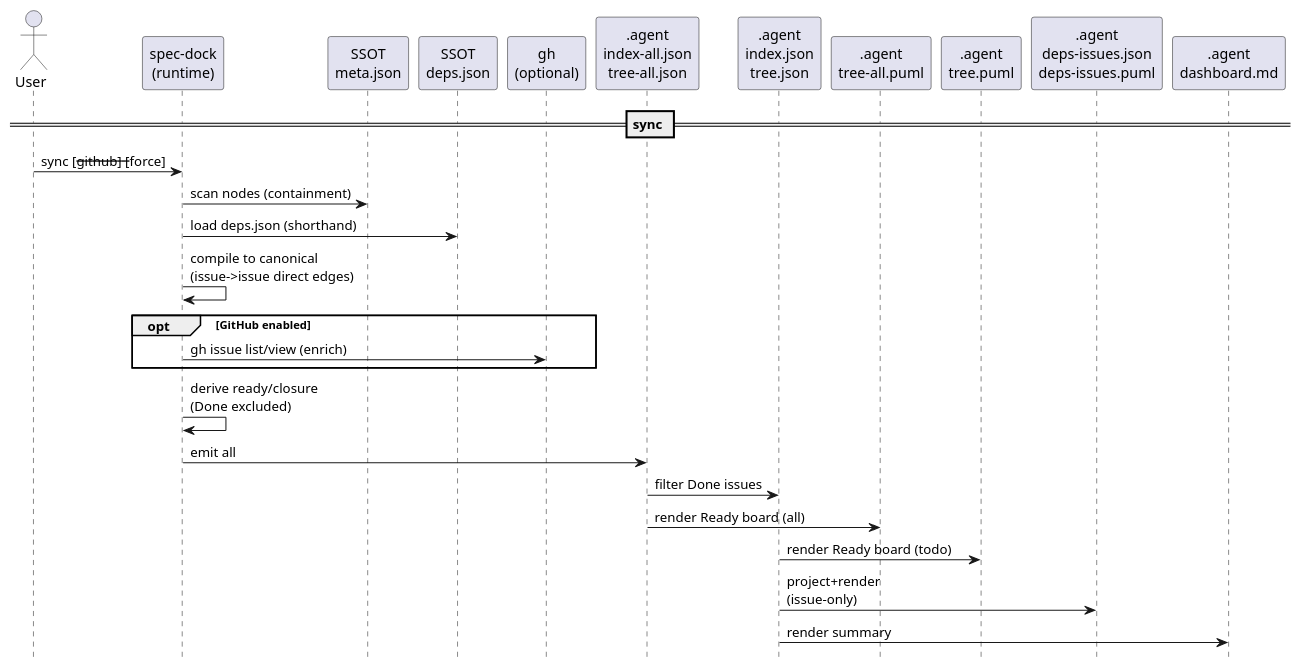
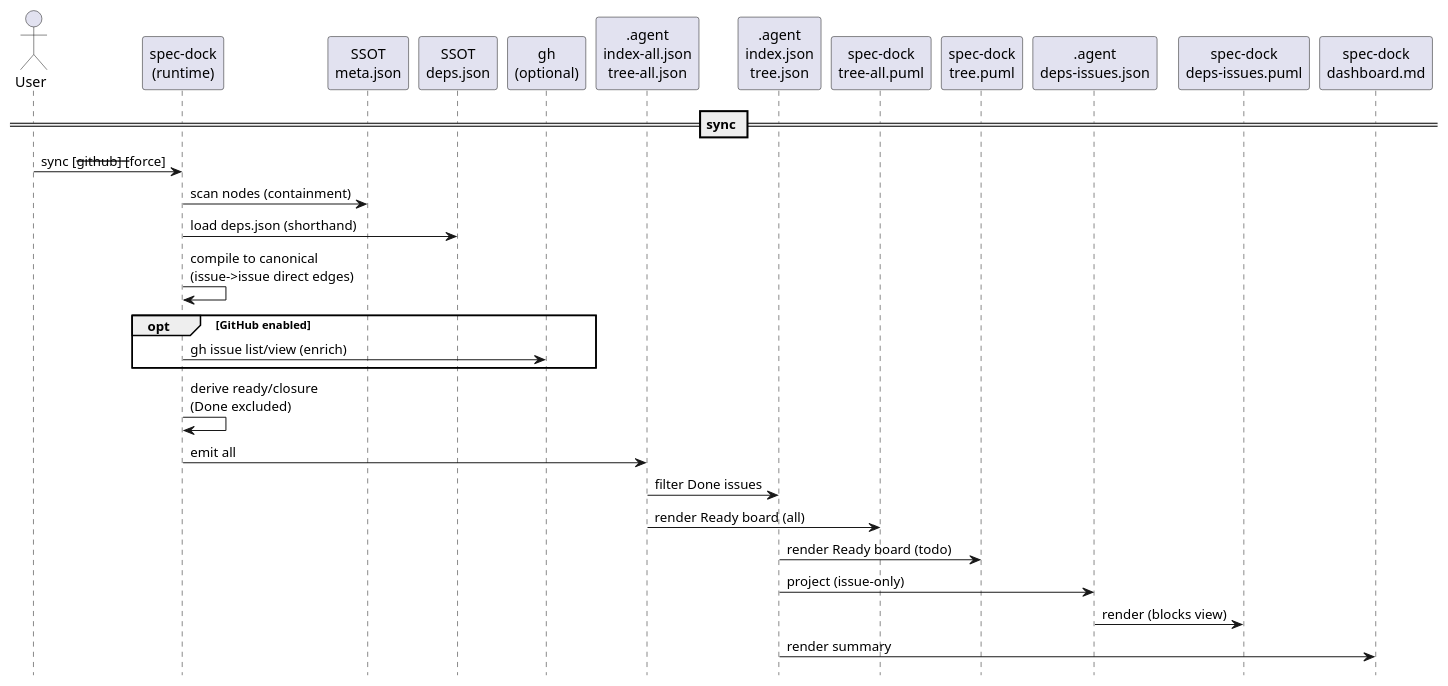
One commit to chemitaro/spec-dock changed the first of 9 diagrams in spec-deps/current/design.md. Above: the diagram before and after it, drawn with PlantUML. The commit also changed other lines of this file and 7 other files, not shown here.

````diff
--- a/spec-deps/current/design.md
+++ b/spec-deps/current/design.md
@@ -80,34 +81,36 @@
 ```plantuml
 @startuml
 hide footbox
 skinparam shadowing false
 
 actor User
 participant "spec-dock\n(runtime)" as Script
 participant "SSOT\nmeta.json" as Meta
 participant "SSOT\ndeps.json" as Deps
 participant "gh\n(optional)" as GH
 participant ".agent\nindex-all.json\ntree-all.json" as All
 participant ".agent\nindex.json\ntree.json" as Todo
-participant ".agent\ntree-all.puml" as TreeAllPuml
-participant ".agent\ntree.puml" as TreeTodoPuml
-participant ".agent\ndeps-issues.json\ndeps-issues.puml" as DepsIssues
-participant ".agent\ndashboard.md" as Dashboard
+participant "spec-dock\ntree-all.puml" as TreeAllPuml
+participant "spec-dock\ntree.puml" as TreeTodoPuml
+participant ".agent\ndeps-issues.json" as DepsIssuesJson
+participant "spec-dock\ndeps-issues.puml" as DepsIssuesPuml
+participant "spec-dock\ndashboard.md" as Dashboard
 
 == sync ==
 User -> Script: sync [--github] [--force]
 Script -> Meta: scan nodes (containment)
 Script -> Deps: load deps.json (shorthand)
 Script -> Script: compile to canonical\n(issue->issue direct edges)
 opt GitHub enabled
   Script -> GH: gh issue list/view (enrich)
 end
 Script -> Script: derive ready/closure\n(Done excluded)
 Script -> All: emit all
 All -> Todo: filter Done issues
 All -> TreeAllPuml: render Ready board (all)
 Todo -> TreeTodoPuml: render Ready board (todo)
-Todo -> DepsIssues: project+render\n(issue-only)
+Todo -> DepsIssuesJson: project (issue-only)
+DepsIssuesJson -> DepsIssuesPuml: render (blocks view)
 Todo -> Dashboard: render summary
 @enduml
 ```
````
